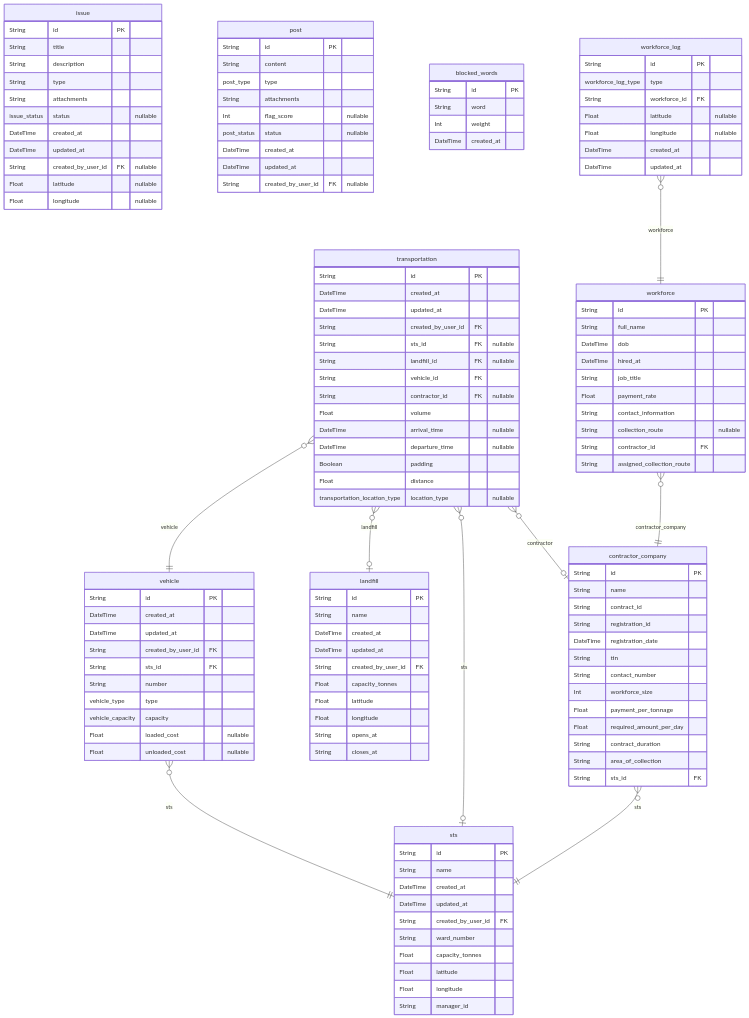
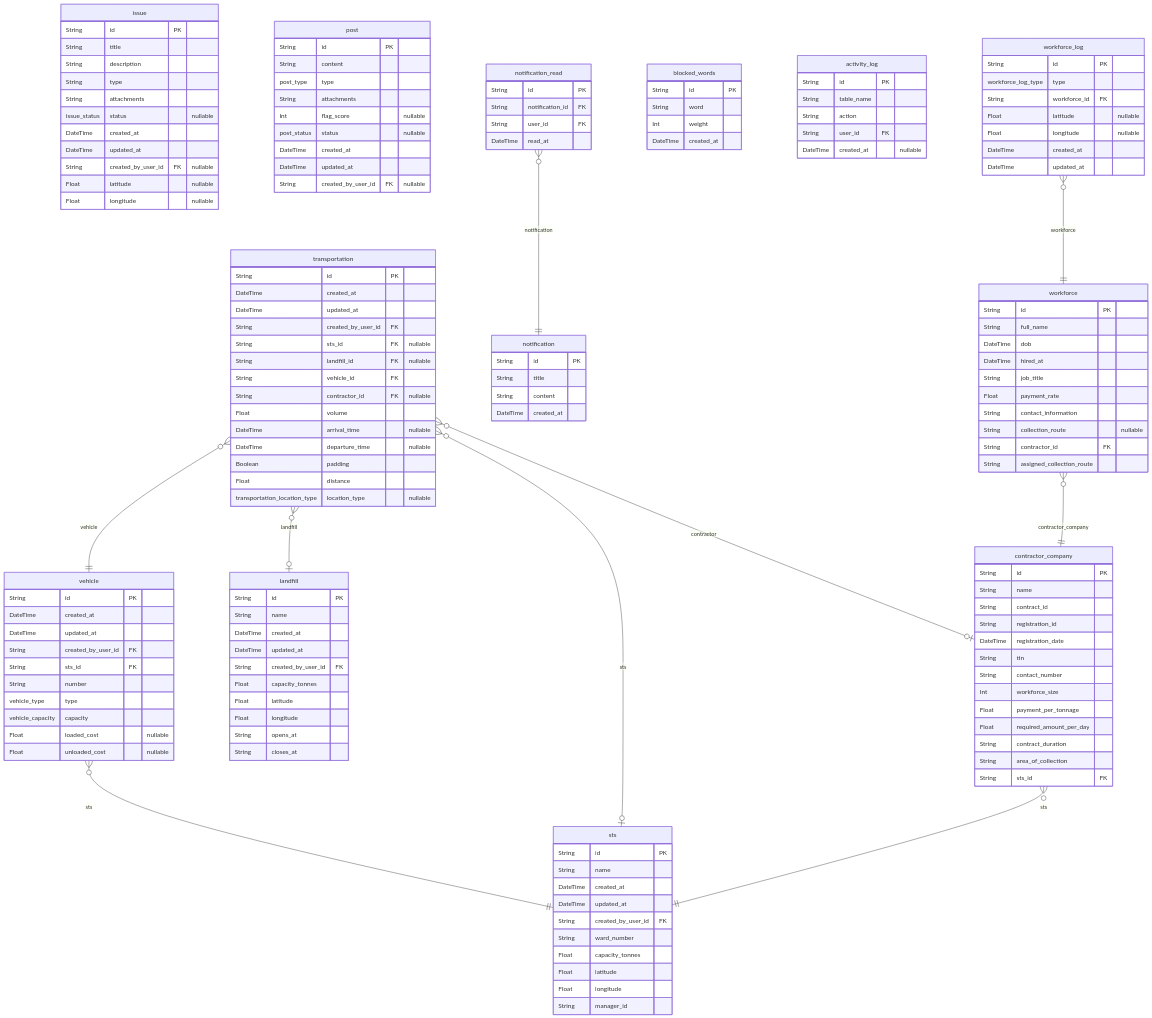
Before and after one commit to nurulhudaapon/codesamurai-final: the third of 3 diagrams in packages/db/README.md, drawn with Mermaid. The commit also changed other lines of this file and 5 other files, not shown here.

Commit message:
feat: add activity log

```diff
--- a/packages/db/README.md
+++ b/packages/db/README.md
@@ -191,6 +191,18 @@
   DateTime updated_at
   String created_by_user_id FK "nullable"
 }
+"notification" {
+  String id PK
+  String title
+  String content
+  DateTime created_at
+}
+"notification_read" {
+  String id PK
+  String notification_id FK
+  String user_id FK
+  DateTime read_at
+}
 "blocked_words" {
   String id PK
   String word
@@ -211,6 +223,13 @@
   String contract_duration
   String area_of_collection
   String sts_id FK
+}
+"activity_log" {
+  String id PK
+  String table_name
+  String action
+  String user_id FK
+  DateTime created_at "nullable"
 }
 "workforce_log" {
   String id PK
@@ -238,6 +257,7 @@
 "transportation" }o--o| "landfill" : landfill
 "transportation" }o--|| "vehicle" : vehicle
 "transportation" }o--o| "contractor_company" : contractor
+"notification_read" }o--|| "notification" : notification
 "contractor_company" }o--|| "sts" : sts
 "workforce_log" }o--|| "workforce" : workforce
 "workforce" }o--|| "contractor_company" : contractor_company
```
